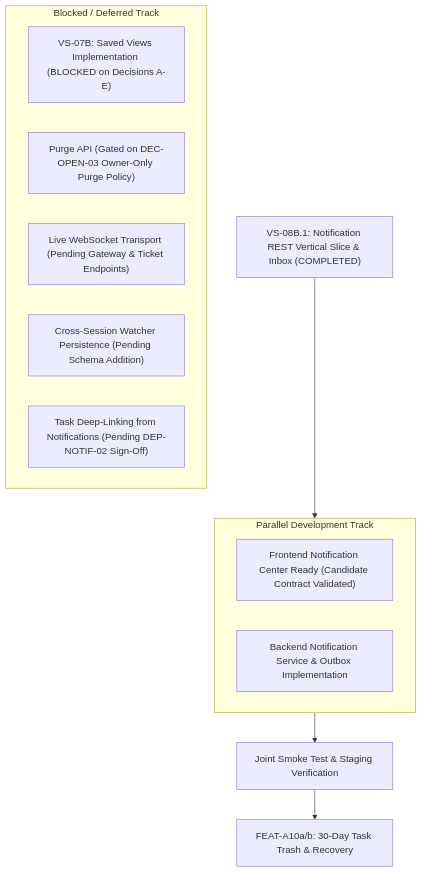
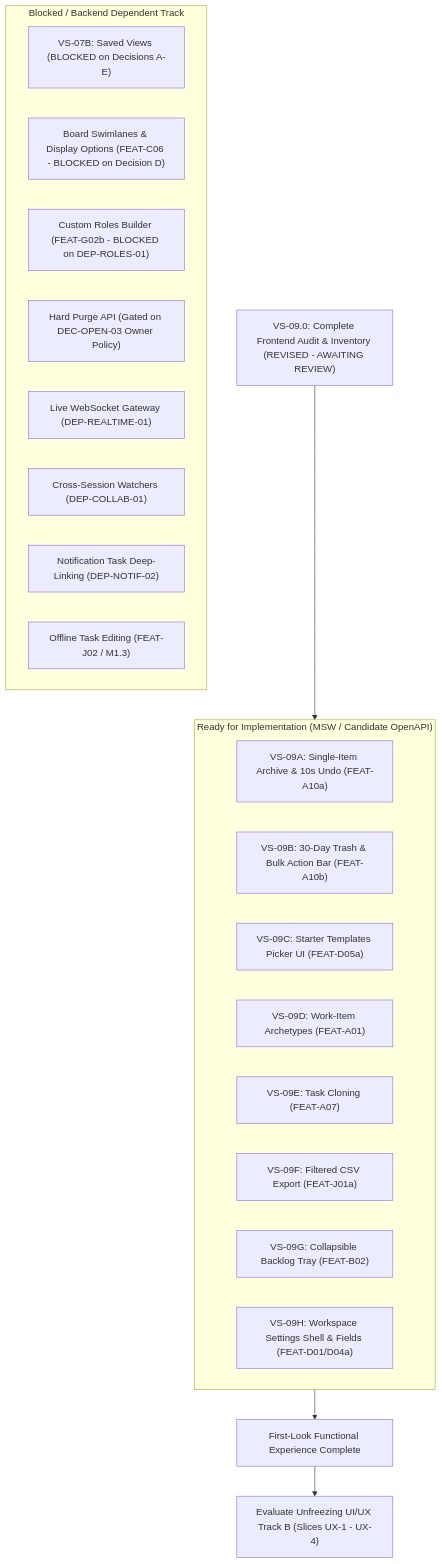
Before and after one commit to Samudra-Bose/sonder: the first of 2 diagrams in docs/04-implementation/sonder-project-progress-tracker.md, drawn with Mermaid. The commit also changed other lines of this file and 1 other file, not shown here.

First line of the commit message:
docs(audit): VS-09.0 complete frontend audit, feature inventory and first-look readiness (revision) (#39)

````diff
--- a/docs/04-implementation/sonder-project-progress-tracker.md
+++ b/docs/04-implementation/sonder-project-progress-tracker.md
@@ -52,20 +53,29 @@
 ```mermaid
 flowchart TD
-    Current["VS-08B.1: Notification REST Vertical Slice & Inbox (COMPLETED)"] --> Parallel["Parallel Independent FE/BE Track"]
+    Current["VS-09.0: Complete Frontend Audit & Inventory (REVISED - AWAITING REVIEW)"] --> InventoryA["Inventory A: Backend-Independent Backlog (8 Milestones)"]
 
-    subgraph Parallel ["Parallel Development Track"]
-        FE_Work["Frontend Notification Center Ready (Candidate Contract Validated)"]
-        BE_Work["Backend Notification Service & Outbox Implementation"]
+    subgraph InventoryA ["Ready for Implementation (MSW / Candidate OpenAPI)"]
+        VS09A["VS-09A: Single-Item Archive & 10s Undo (FEAT-A10a)"]
+        VS09B["VS-09B: 30-Day Trash & Bulk Action Bar (FEAT-A10b)"]
+        VS09C["VS-09C: Starter Templates Picker UI (FEAT-D05a)"]
+        VS09D["VS-09D: Work-Item Archetypes (FEAT-A01)"]
+        VS09E["VS-09E: Task Cloning (FEAT-A07)"]
+        VS09F["VS-09F: Filtered CSV Export (FEAT-J01a)"]
+        VS09G["VS-09G: Collapsible Backlog Tray (FEAT-B02)"]
+        VS09H["VS-09H: Workspace Settings Shell & Fields (FEAT-D01/D04a)"]
     end
 
-    Parallel --> JointIntegration["Joint Smoke Test & Staging Verification"]
-    JointIntegration --> FollowUp["FEAT-A10a/b: 30-Day Task Trash & Recovery"]
+    InventoryA --> FirstLook["First-Look Functional Experience Complete"]
+    FirstLook --> UnfreezeUX["Evaluate Unfreezing UI/UX Track B (Slices UX-1 - UX-4)"]
 
-    subgraph Deferred ["Blocked / Deferred Track"]
-        SV["VS-07B: Saved Views Implementation (BLOCKED on Decisions A-E)"]
-        Trash["Purge API (Gated on DEC-OPEN-03 Owner-Only Purge Policy)"]
-        RealtimeLive["Live WebSocket Transport (Pending Gateway & Ticket Endpoints)"]
-        WatcherPersist["Cross-Session Watcher Persistence (Pending Schema Addition)"]
-        NotifNav["Task Deep-Linking from Notifications (Pending DEP-NOTIF-02 Sign-Off)"]
+    subgraph BlockedDeferred ["Blocked / Backend Dependent Track"]
+        SV["VS-07B: Saved Views (BLOCKED on Decisions A-E)"]
+        Swimlanes["Board Swimlanes & Display Options (FEAT-C06 - BLOCKED on Decision D)"]
+        CustomRoles["Custom Roles Builder (FEAT-G02b - BLOCKED on DEP-ROLES-01)"]
+        Purge["Hard Purge API (Gated on DEC-OPEN-03 Owner Policy)"]
+        RealtimeLive["Live WebSocket Gateway (DEP-REALTIME-01)"]
+        WatcherPersist["Cross-Session Watchers (DEP-COLLAB-01)"]
+        NotifDeepLink["Notification Task Deep-Linking (DEP-NOTIF-02)"]
+        OfflineTask["Offline Task Editing (FEAT-J02 / M1.3)"]
     end
 ```
````
